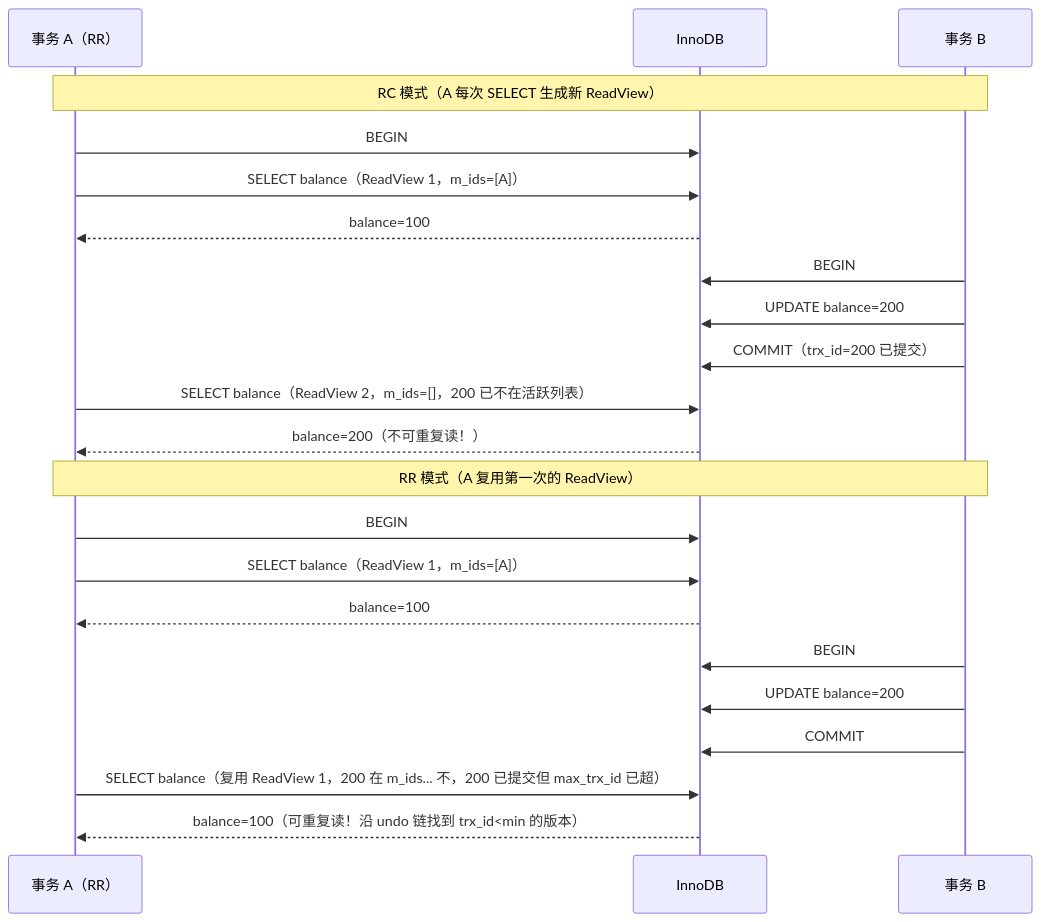
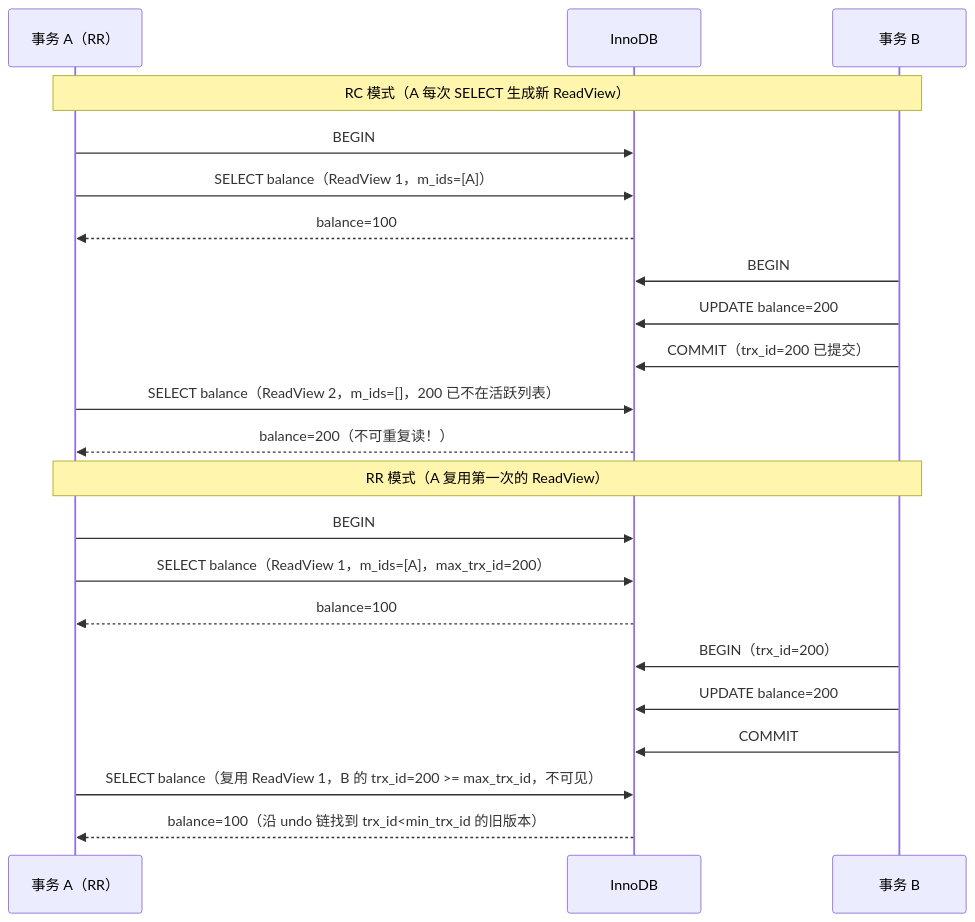
One commit to yintp/glory changed the third of 4 diagrams in middleware/mysql/02-transaction/transaction-and-mvcc.md. Above: the diagram before and after it, drawn with Mermaid. The commit also changed other lines of this file, not shown here.

Commit message:
docs(mysql): 扩展事务文档至 600+ 行（Undo 物理结构/Purge/SAVEPOINT/8.0 参数/可见性实例/ReadView 存储）

````diff
--- a/middleware/mysql/02-transaction/transaction-and-mvcc.md
+++ b/middleware/mysql/02-transaction/transaction-and-mvcc.md
@@ -155,26 +168,26 @@
 ```mermaid
 sequenceDiagram
     participant A as 事务 A（RR）
     participant DB as InnoDB
     participant B as 事务 B
     
     Note over A,B: RC 模式（A 每次 SELECT 生成新 ReadView）
     A->>DB: BEGIN
     A->>DB: SELECT balance（ReadView 1，m_ids=[A]）
     DB-->>A: balance=100
     B->>DB: BEGIN
     B->>DB: UPDATE balance=200
     B->>DB: COMMIT（trx_id=200 已提交）
     A->>DB: SELECT balance（ReadView 2，m_ids=[]，200 已不在活跃列表）
     DB-->>A: balance=200（不可重复读！）
     
     Note over A,B: RR 模式（A 复用第一次的 ReadView）
     A->>DB: BEGIN
-    A->>DB: SELECT balance（ReadView 1，m_ids=[A]）
+    A->>DB: SELECT balance（ReadView 1，m_ids=[A]，max_trx_id=200）
     DB-->>A: balance=100
-    B->>DB: BEGIN
+    B->>DB: BEGIN（trx_id=200）
     B->>DB: UPDATE balance=200
     B->>DB: COMMIT
-    A->>DB: SELECT balance（复用 ReadView 1，200 在 m_ids... 不，200 已提交但 max_trx_id 已超）
-    DB-->>A: balance=100（可重复读！沿 undo 链找到 trx_id<min 的版本）
+    A->>DB: SELECT balance（复用 ReadView 1，B 的 trx_id=200 >= max_trx_id，不可见）
+    DB-->>A: balance=100（沿 undo 链找到 trx_id<min_trx_id 的旧版本）
 ```
````
